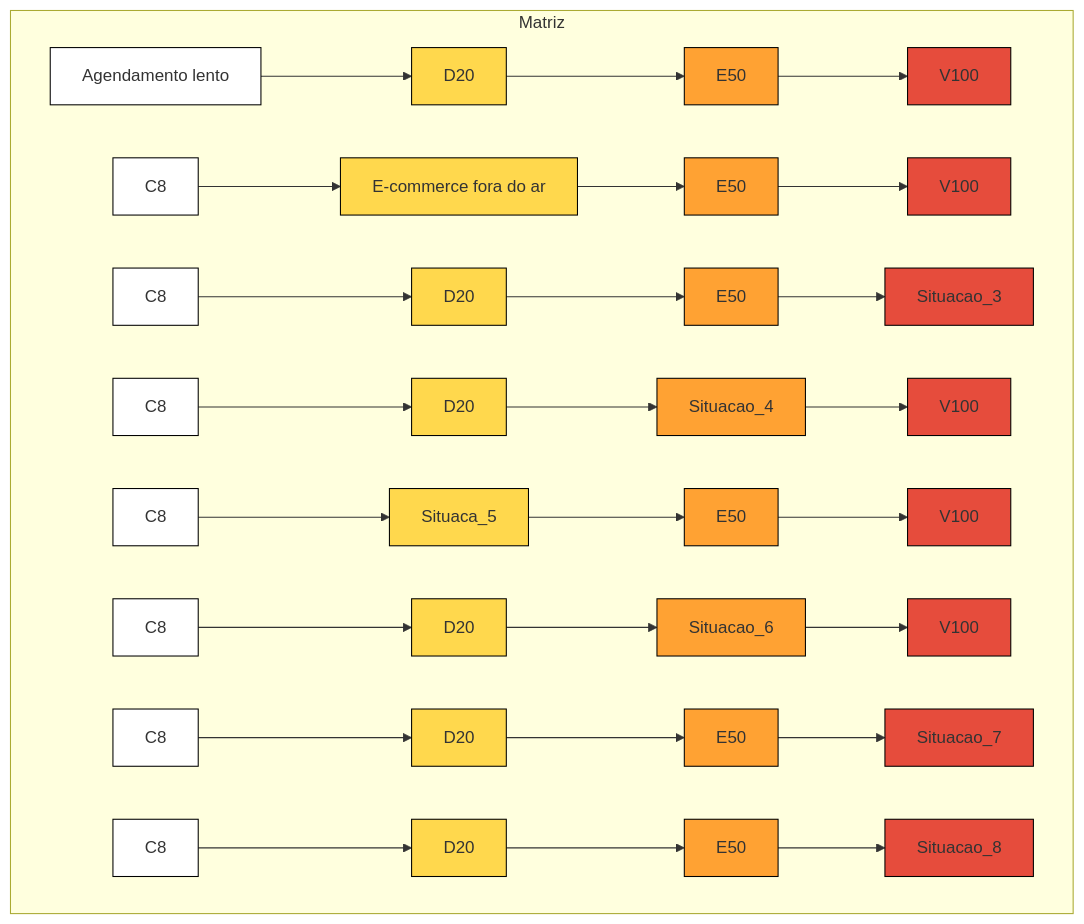
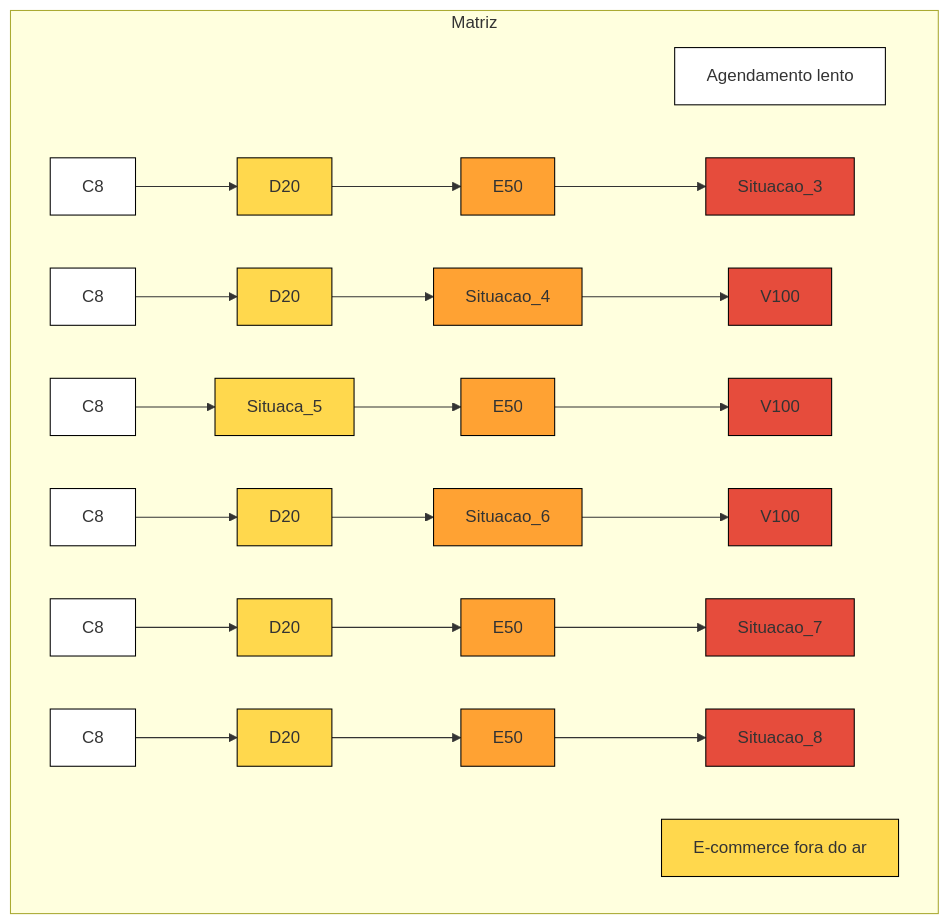
The second of 2 diagrams in README.md (BDlucca/Exercicio-GAPS), drawn with Mermaid before and after one commit. The commit also changed other lines of this file, not shown here.

````diff
--- a/README.md
+++ b/README.md
@@ -23,19 +24,19 @@
 ```mermaid
 graph TD
   subgraph Matriz
-    A1["Agendamento lento"]:::branco--> A2["D20"]:::amarelo--> A3["E50"]:::laranja--> A4["V100"]:::vermelho
-    B1["C8"]:::branco--> B2["E-commerce fora do ar"]:::amarelo--> B3["E50"]:::laranja--> B4["V100"]:::vermelho
+    A1["Agendamento lento"]:::branco
+    B1["E-commerce fora do ar"]:::amarelo
     C1["C8"]:::branco--> C2["D20"]:::amarelo--> C3["E50"]:::laranja--> C4["Situacao_3"]:::vermelho
     D1["C8"]:::branco--> D2["D20"]:::amarelo--> D3["Situacao_4"]:::laranja--> D4["V100"]:::vermelho
     E1["C8"]:::branco--> E2["Situaca_5"]:::amarelo--> E3["E50"]:::laranja--> E4["V100"]:::vermelho
     F1["C8"]:::branco--> F2["D20"]:::amarelo--> F3["Situacao_6"]:::laranja--> F4["V100"]:::vermelho
     G1["C8"]:::branco--> G2["D20"]:::amarelo--> G3["E50"]:::laranja--> G4["Situacao_7"]:::vermelho
     H1["C8"]:::branco--> H2["D20"]:::amarelo--> H3["E50"]:::laranja--> H4["Situacao_8"]:::vermelho
 end
 
 classDef branco fill:#fff,      stroke:#000,  stroke-width:1px;
 classDef amarelo fill:#FFD84D,  stroke:#000,  stroke-width:1px;
 classDef laranja fill:#FFA233,  stroke:#000,  stroke-width:1px;
 classDef vermelho fill:#E64C3C, stroke:#000,  stroke-width:1px;
 
 ```
````
